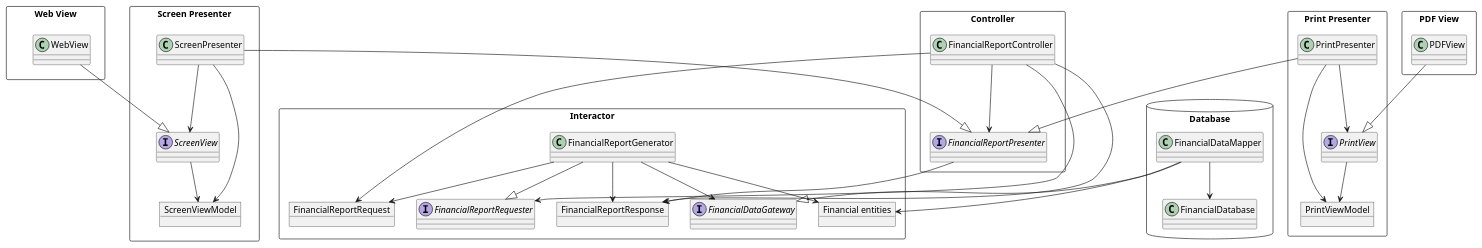
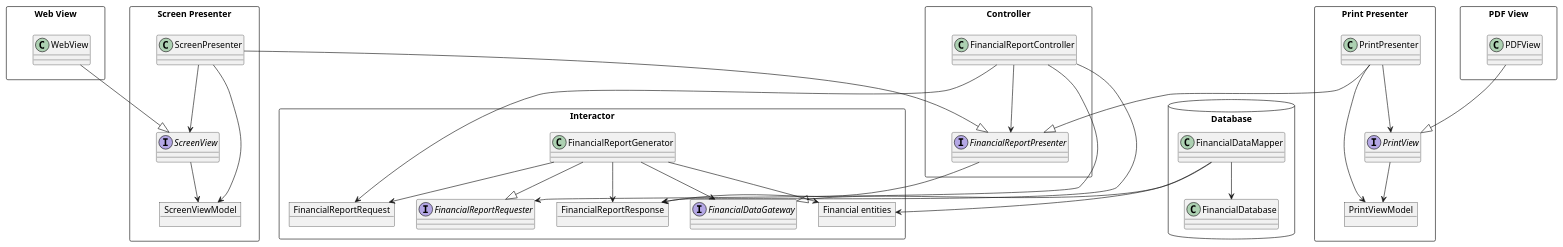
The third of 3 diagrams in pages/Robert C. Martin - Clean Architecture A Craftsman's Guide to Software Structure and Design.md (huland/logseq-notes), drawn with PlantUML before and after one commit.

Commit message:
Auto saved by Logseq

```diff
--- a/pages/Robert C. Martin - Clean Architecture A Craftsman's Guide to Software Structure and Design.md
+++ b/pages/Robert C. Martin - Clean Architecture A Craftsman's Guide to Software Structure and Design.md
@@ -203,62 +203,64 @@
 				  @startuml
 				  
 				  package Interactor <<Rectangle>> {
 				    object FinancialReportRequest
 				    interface FinancialReportRequester
 				    object FinancialReportResponse
 				    class FinancialReportGenerator
 				    interface FinancialDataGateway
 				    object "Financial entities" as FinancialEntities
 				  }
 				  package Controller <<Rectangle>> {
 				    class FinancialReportController 
 				    interface FinancialReportPresenter
 				  }
 				  package Database <<Database>> {
 				    class FinancialDataMapper 
 				    class FinancialDatabase
 				  }
 				  package "Screen Presenter" as ScreenPres <<Rectangle>> {
 				    class ScreenPresenter
 				    object ScreenViewModel
 				    interface ScreenView
 				  }
 				  package "Print Presenter" as PrintPres <<Rectangle>> {
 				    class PrintPresenter
 				    object PrintViewModel
 				    interface PrintView
 				  } 
 				  package "PDF View" as PDFV <<Rectangle>> {
 				    class PDFView
 				  } 
 				  package "Web View" as WebV <<Rectangle>> {
 				    class WebView
 				  } 
 				  
 				  FinancialReportGenerator --> FinancialReportRequest
 				  FinancialReportGenerator --> FinancialEntities
 				  FinancialReportGenerator --> FinancialReportResponse
 				  FinancialReportGenerator --> FinancialDataGateway
 				  FinancialReportGenerator --|> FinancialReportRequester
 				  FinancialDataMapper --> FinancialDatabase
 				  FinancialDataMapper --> FinancialEntities
 				  FinancialDataMapper --|> FinancialDataGateway
 				  FinancialReportController --> FinancialReportPresenter
 				  FinancialReportPresenter --> FinancialReportResponse
 				  FinancialReportController --> FinancialReportRequest
 				  FinancialReportController --> FinancialReportRequester
 				  FinancialReportController --> FinancialReportResponse
 				  ScreenPresenter --> ScreenView
 				  ScreenView --> ScreenViewModel
 				  ScreenPresenter --> ScreenViewModel
 				  ScreenPresenter --|> FinancialReportPresenter
 				  PrintPresenter --> PrintView
 				  PrintView --> PrintViewModel
 				  PrintPresenter --> PrintViewModel
 				  PrintPresenter --|> FinancialReportPresenter
 				  WebView --|> ScreenView
 				  PDFView --|> PrintView
 				  
 				  WebV -[hidden]> ScreenPres
-				  
+				  PDFV -[hidden]> PrintPres
+				  PrintPres -[hidden]> Controller
+				  ScreenPres -[hidden]> Controller
 				  @enduml
```
